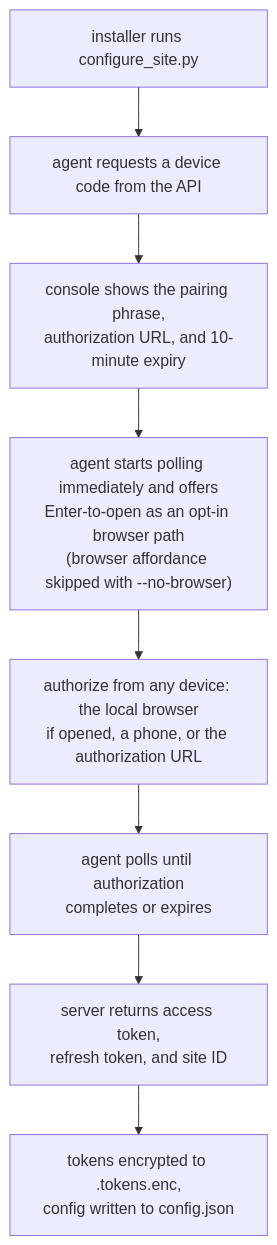
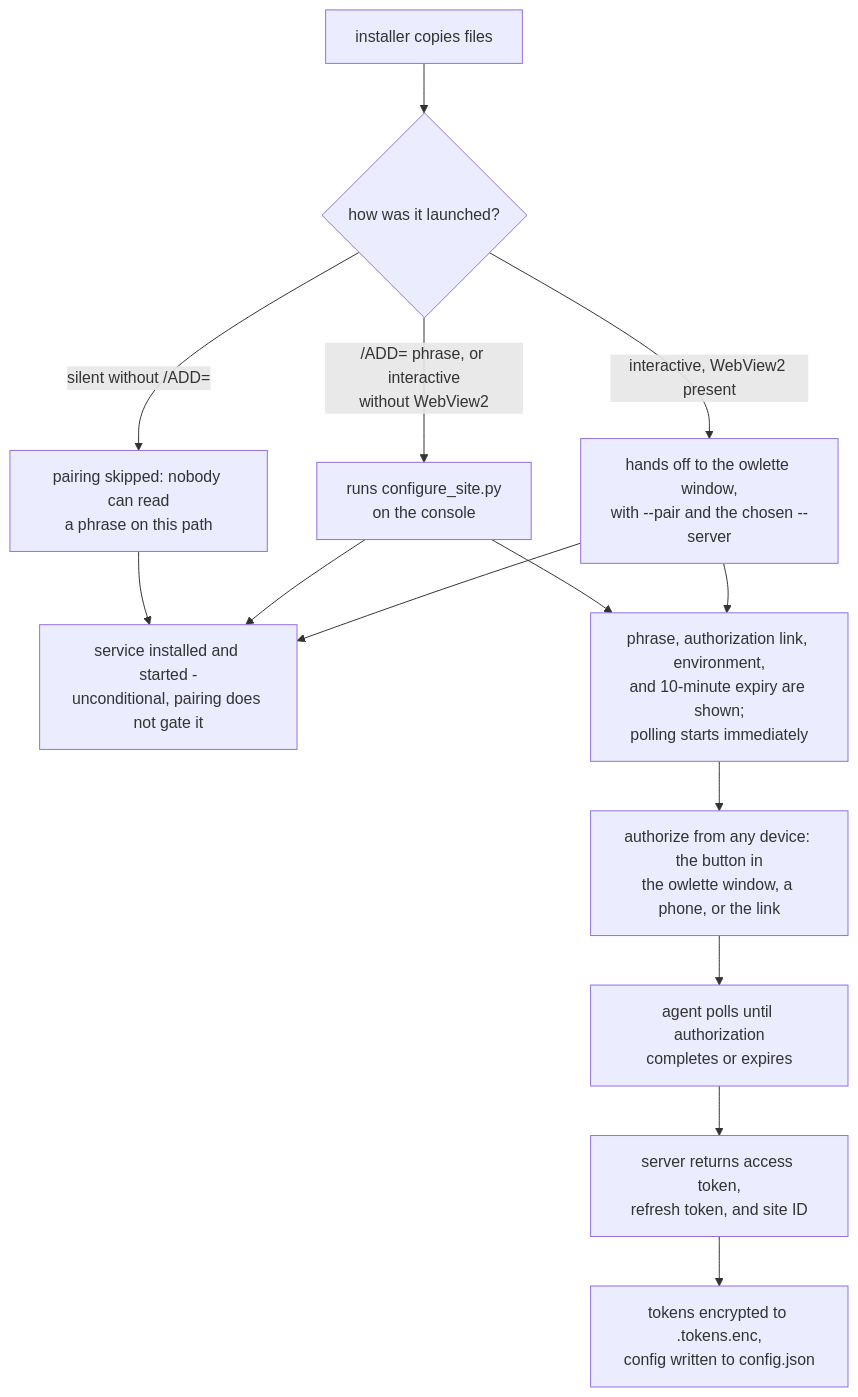
Before and after one commit to theexperiential/owlette: the diagram in web/content/docs/agent/installation.mdx, drawn with Mermaid. The commit also changed other lines of this file and 48 other files, not shown here.

````diff
--- a/web/content/docs/agent/installation.mdx
+++ b/web/content/docs/agent/installation.mdx
@@ -162,10 +161,16 @@
 ```mermaid
 flowchart TD
-    A["installer runs configure_site.py"] --> B["agent requests a device code from the API"]
-    B --> C["console shows the pairing phrase,<br/>authorization URL, and 10-minute expiry"]
-    C --> D["agent starts polling immediately and offers<br/>Enter-to-open as an opt-in browser path<br/>(browser affordance skipped with --no-browser)"]
-    D --> E["authorize from any device: the local browser<br/>if opened, a phone, or the authorization URL"]
-    E --> G["agent polls until authorization<br/>completes or expires"]
+    A["installer copies files"] --> B{"how was it launched?"}
+    B -->|"interactive, WebView2 present"| D["hands off to the owlette window,<br/>with --pair and the chosen --server"]
+    B -->|"/ADD= phrase, or interactive<br/>without WebView2"| C["runs configure_site.py<br/>on the console"]
+    B -->|"silent without /ADD="| Z["pairing skipped: nobody can read<br/>a phrase on this path"]
+    D --> S["service installed and started -<br/>unconditional, pairing does not gate it"]
+    C --> S
+    Z --> S
+    D --> E["phrase, authorization link, environment,<br/>and 10-minute expiry are shown;<br/>polling starts immediately"]
+    C --> E
+    E --> F["authorize from any device: the button in<br/>the owlette window, a phone, or the link"]
+    F --> G["agent polls until authorization<br/>completes or expires"]
     G --> H["server returns access token,<br/>refresh token, and site ID"]
     H --> I["tokens encrypted to .tokens.enc,<br/>config written to config.json"]
 ```
````
